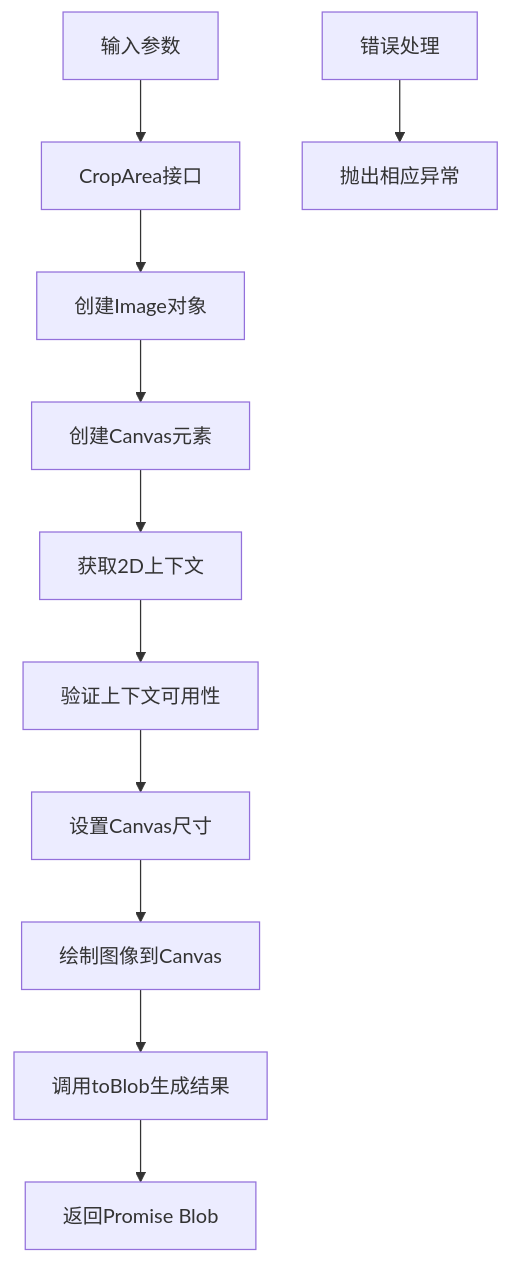
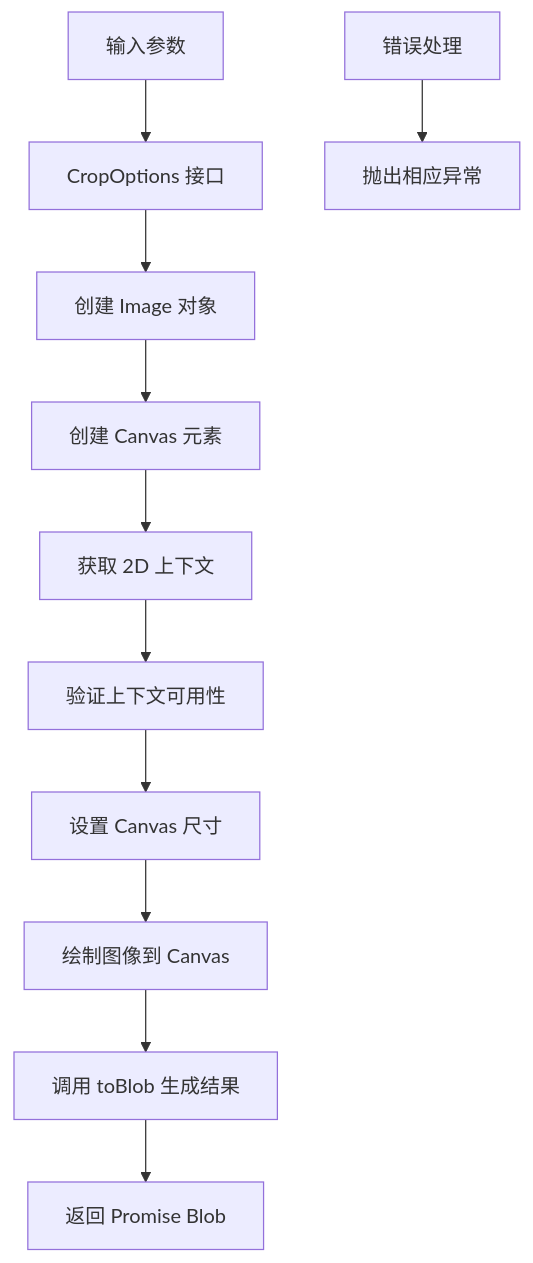
The sixth of 12 diagrams in .qoder/repowiki/zh/content/图像工具/图像裁剪.md (sgyy/privadeck), drawn with Mermaid before and after one commit. The commit also changed other lines of this file and 3 other files, not shown here.

First line of the commit message:
feat(image-crop): 升级图像裁剪工具集成 react-advanced-cropper

````diff
--- a/.qoder/repowiki/zh/content/图像工具/图像裁剪.md
+++ b/.qoder/repowiki/zh/content/图像工具/图像裁剪.md
@@ -251,13 +302,13 @@
 ```mermaid
 flowchart TD
-A[输入参数] --> B[CropArea接口]
-B --> C[创建Image对象]
-C --> D[创建Canvas元素]
-D --> E[获取2D上下文]
+A[输入参数] --> B[CropOptions 接口]
+B --> C[创建 Image 对象]
+C --> D[创建 Canvas 元素]
+D --> E[获取 2D 上下文]
 E --> F[验证上下文可用性]
-F --> G[设置Canvas尺寸]
-G --> H[绘制图像到Canvas]
-H --> I[调用toBlob生成结果]
-I --> J[返回Promise Blob]
+F --> G[设置 Canvas 尺寸]
+G --> H[绘制图像到 Canvas]
+H --> I[调用 toBlob 生成结果]
+I --> J[返回 Promise Blob]
 K[错误处理] --> L[抛出相应异常]
 ```
````
